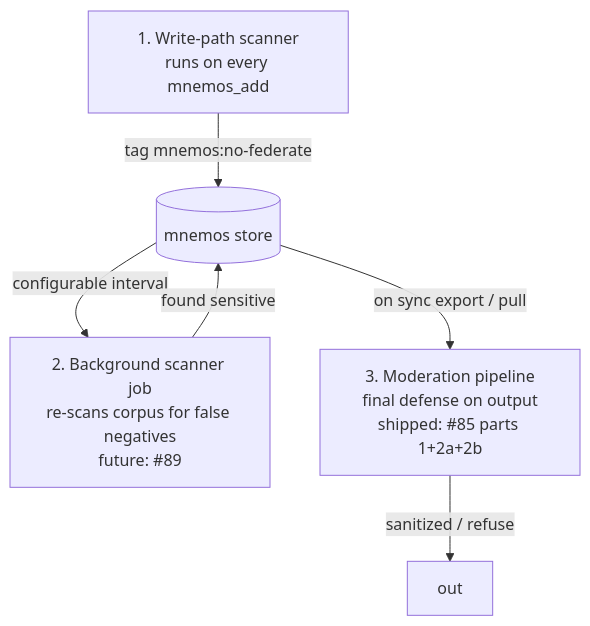
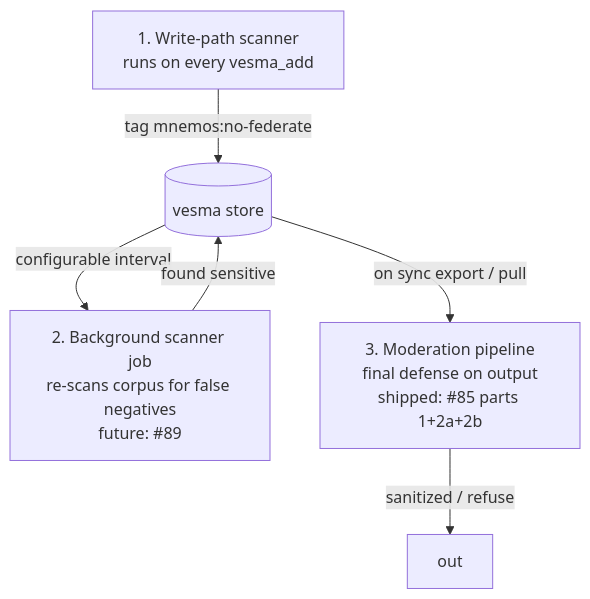
One commit to vesmaro/vesma-eyes changed the diagram in viewer/src/features/docs/content/upstream/mnemos/en/admin/security.md. Above: the diagram before and after it, drawn with Mermaid. The commit also changed other lines of this file and 76 other files, not shown here.

````diff
--- a/viewer/src/features/docs/content/upstream/mnemos/en/admin/security.md
+++ b/viewer/src/features/docs/content/upstream/mnemos/en/admin/security.md
@@ -426,8 +426,8 @@
 ```mermaid
 flowchart TB
-    L1[1. Write-path scanner<br/>runs on every mnemos_add] -->|tag mnemos:no-federate| DB[(mnemos store)]
+    L1[1. Write-path scanner<br/>runs on every vesma_add] -->|tag mnemos:no-federate| DB[(vesma store)]
     DB -->|configurable interval| L2[2. Background scanner job<br/>re-scans corpus for false negatives<br/>future: #89]
     L2 -->|found sensitive| DB
     DB -->|on sync export / pull| L3[3. Moderation pipeline<br/>final defense on output<br/>shipped: #85 parts 1+2a+2b]
     L3 -->|sanitized / refuse| OUT[out]
 ```
````
